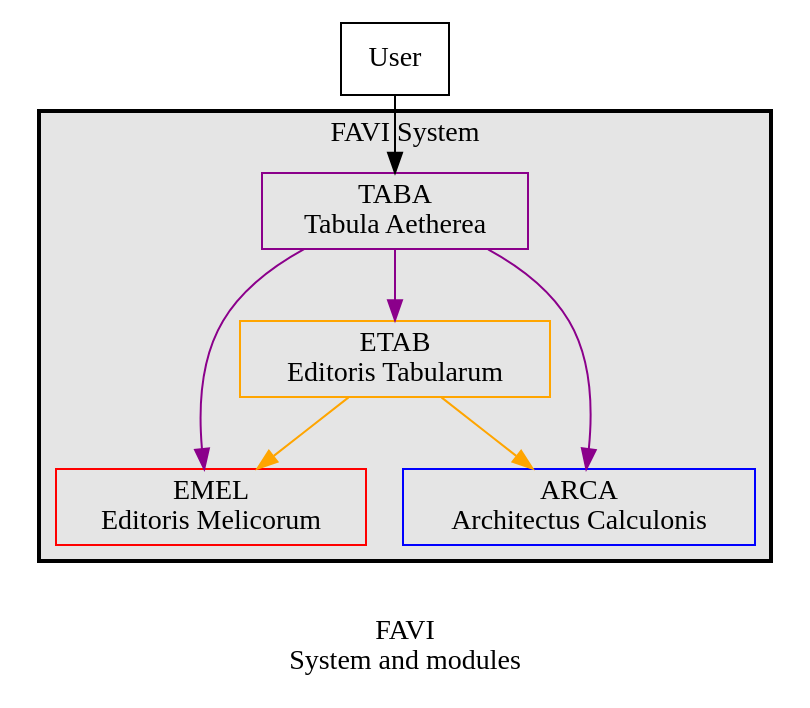
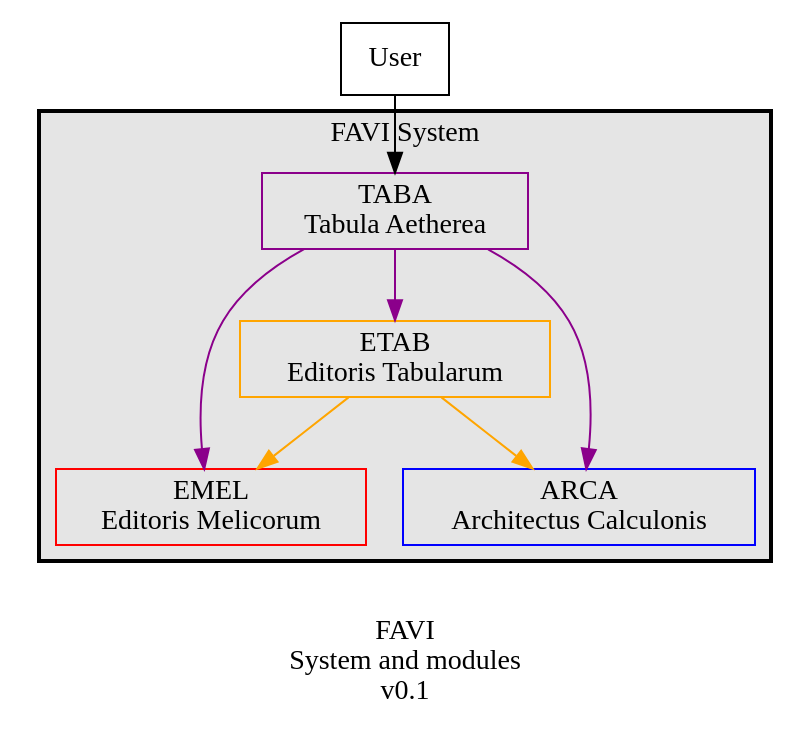
Before and after one commit to guild-st-isidore-TO/fabrica-virtualis: the diagram in static/design/favi-system.dot, drawn with Graphviz. The commit also changed 9 other files, not shown here.

```diff
--- a/static/design/favi-system.dot
+++ b/static/design/favi-system.dot
@@ -1,29 +1,29 @@
 digraph {
-    label = "\nFAVI\nSystem and modules";
+    label = "\nFAVI\nSystem and modules\nv0.1";
     node [shape = box;];
     
     user -> tabulaAetherea;
     
     subgraph cluster_0 {
         label = "FAVI System";
         color = black;
         bgcolor = grey90;
         penwidth = 2;
         node [bgcolor = white;];
         
         tabulaAetherea -> editorisMelicorum [color = darkmagenta;];
         tabulaAetherea -> editorisTabularum [color = darkmagenta;];
         tabulaAetherea -> architectusCalculonis [color = darkmagenta;];
         
         editorisTabularum -> editorisMelicorum [color = orange;];
         editorisTabularum -> architectusCalculonis [color = orange;];
     }
     
     user [label = "User";];
     
     tabulaAetherea [label = "TABA\nTabula Aetherea";color = darkmagenta;];
     architectusCalculonis [label = "ARCA\nArchitectus Calculonis";color = blue;];
     
     editorisTabularum [label = "ETAB\nEditoris Tabularum";color = orange;];
     editorisMelicorum [label = "EMEL\nEditoris Melicorum";color = red;];
 }
```
